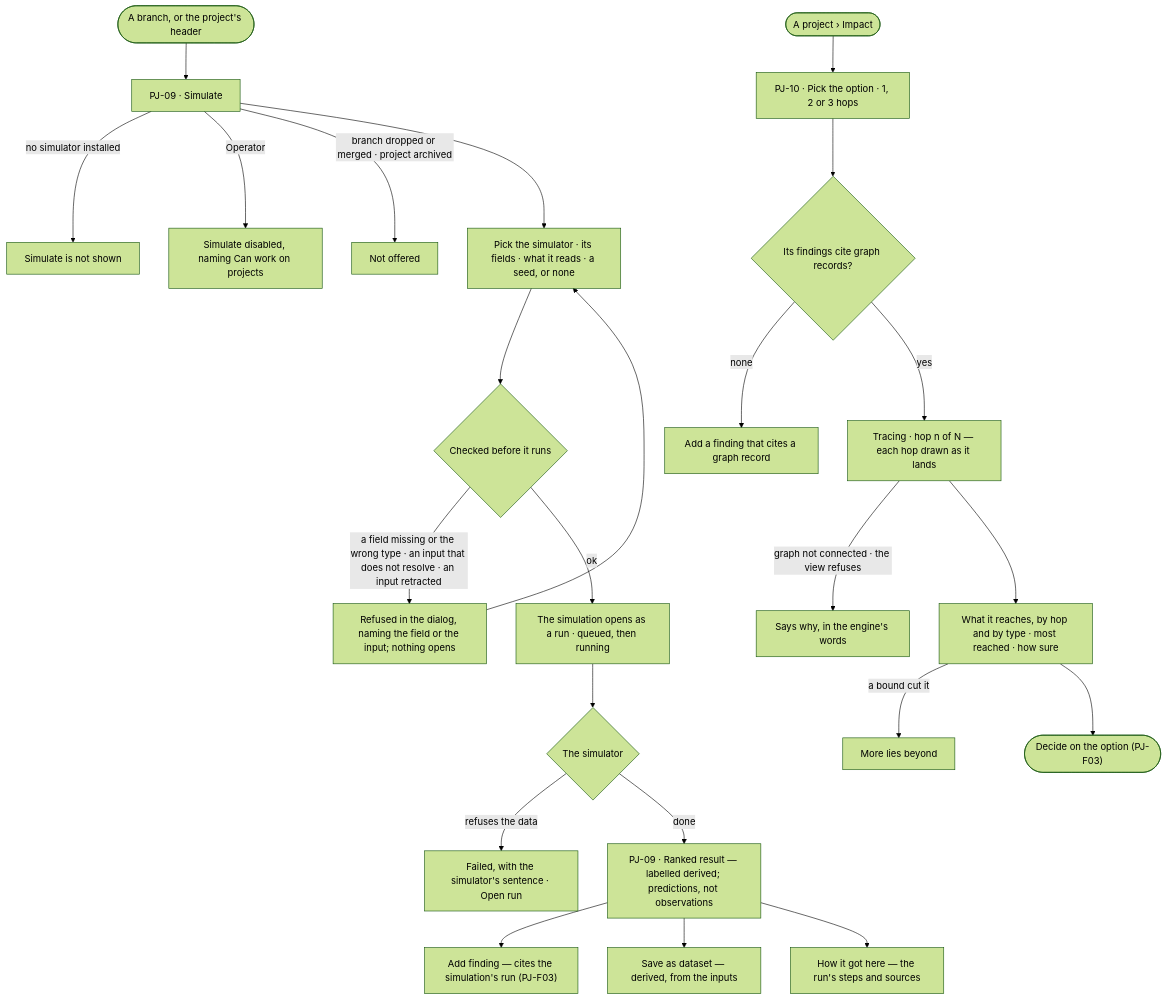
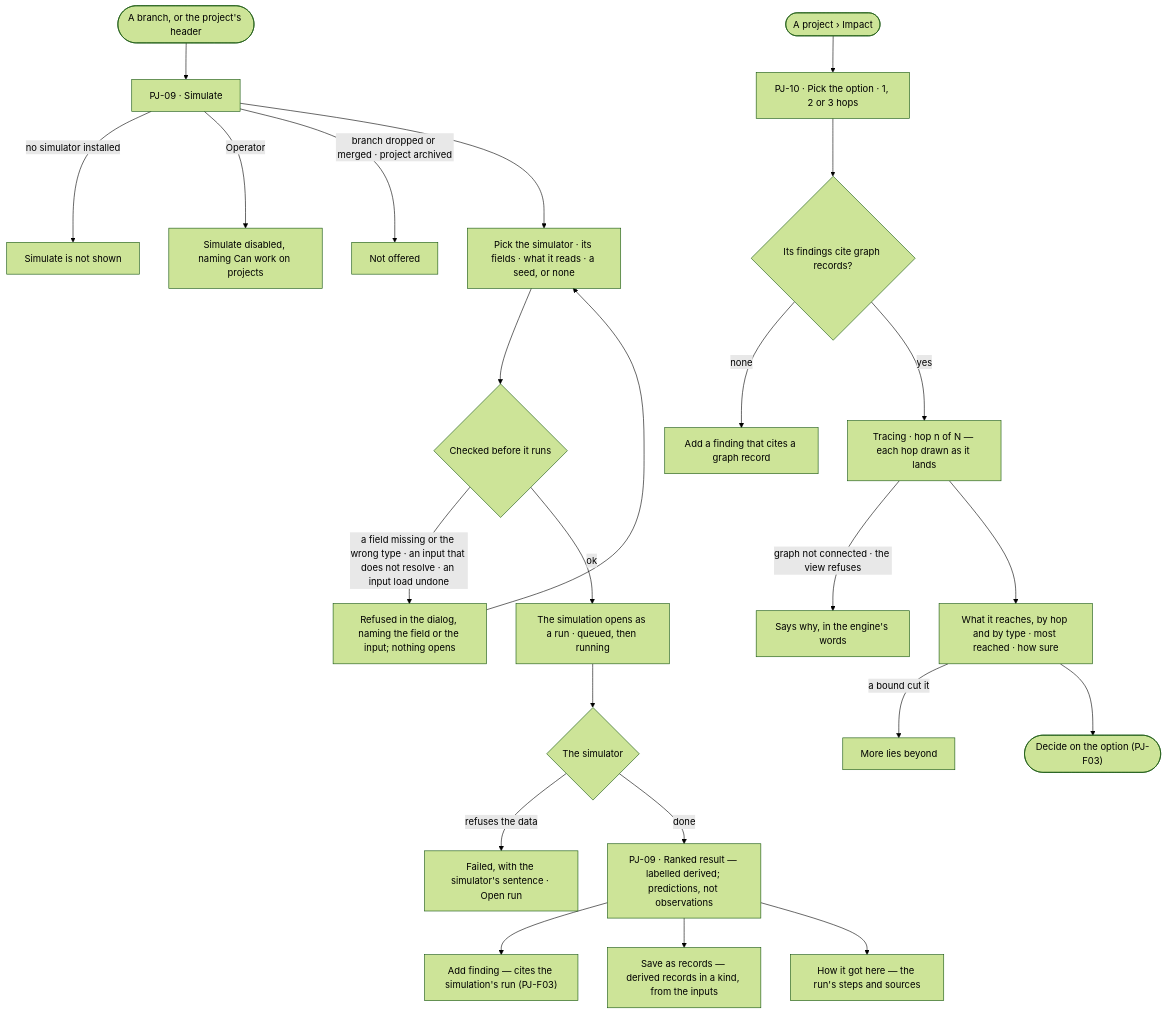
One commit to invana/invana changed the first of 2 diagrams in specs/capabilities/projects/features/PJ-F04-simulation-and-impact/feature.md. Above: the diagram before and after it, drawn with Mermaid (forest theme). The commit also changed other lines of this file and 637 other files, not shown here.

````diff
--- a/specs/capabilities/projects/features/PJ-F04-simulation-and-impact/feature.md
+++ b/specs/capabilities/projects/features/PJ-F04-simulation-and-impact/feature.md
@@ -21,25 +22,25 @@
 ```mermaid
 flowchart TD
   s([A branch, or the project's header]) --> sim["PJ-09 · Simulate"]
   sim -->|no simulator installed| hid["Simulate is not shown"]
   sim -->|Operator| na["Simulate disabled, naming Can work on projects"]
   sim -->|branch dropped or merged · project archived| off["Not offered"]
   sim --> form["Pick the simulator · its fields · what it reads · a seed, or none"]
   form --> chk{"Checked before it runs"}
-  chk -->|a field missing or the wrong type · an input that does not resolve · an input retracted| ref["Refused in the dialog, naming the field or the input; nothing opens"] --> form
+  chk -->|a field missing or the wrong type · an input that does not resolve · an input load undone| ref["Refused in the dialog, naming the field or the input; nothing opens"] --> form
   chk -->|ok| q["The simulation opens as a run · queued, then running"]
   q --> sm{"The simulator"}
   sm -->|refuses the data| failed["Failed, with the simulator's sentence · Open run"]
   sm -->|done| res["PJ-09 · Ranked result — labelled derived; predictions, not observations"]
   res --> add["Add finding — cites the simulation's run (PJ-F03)"]
-  res --> save["Save as dataset — derived, from the inputs"]
+  res --> save["Save as records — derived records in a kind, from the inputs"]
   res --> how["How it got here — the run's steps and sources"]
   s2([A project › Impact]) --> imp["PJ-10 · Pick the option · 1, 2 or 3 hops"]
   imp --> cites{"Its findings cite graph records?"}
   cites -->|none| empty["Add a finding that cites a graph record"]
   cites -->|yes| trace["Tracing · hop n of N — each hop drawn as it lands"]
   trace -->|graph not connected · the view refuses| err["Says why, in the engine's words"]
   trace --> rings["What it reaches, by hop and by type · most reached · how sure"]
   rings -->|a bound cut it| more["More lies beyond"]
   rings --> dec(["Decide on the option (PJ-F03)"])
 ```
````
